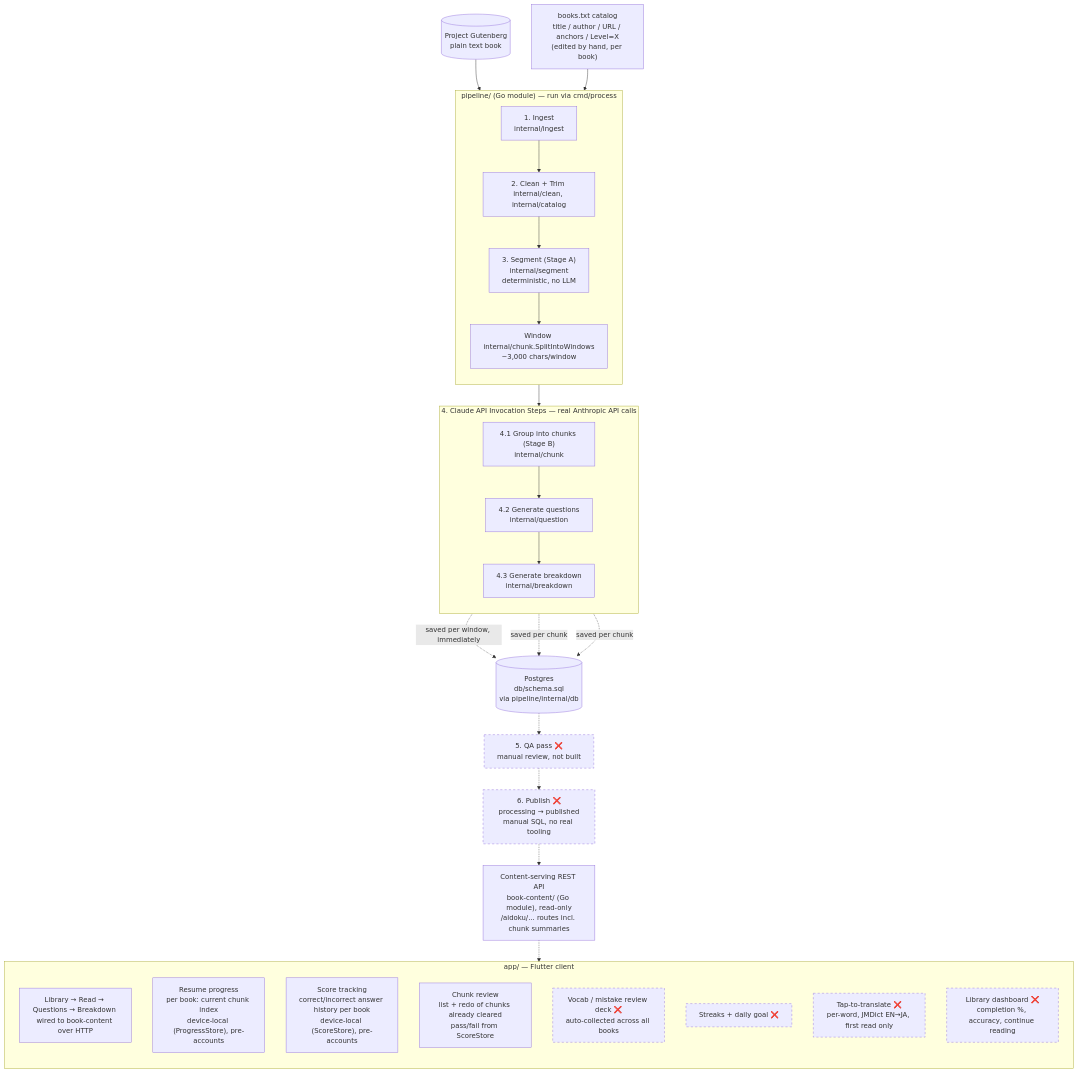
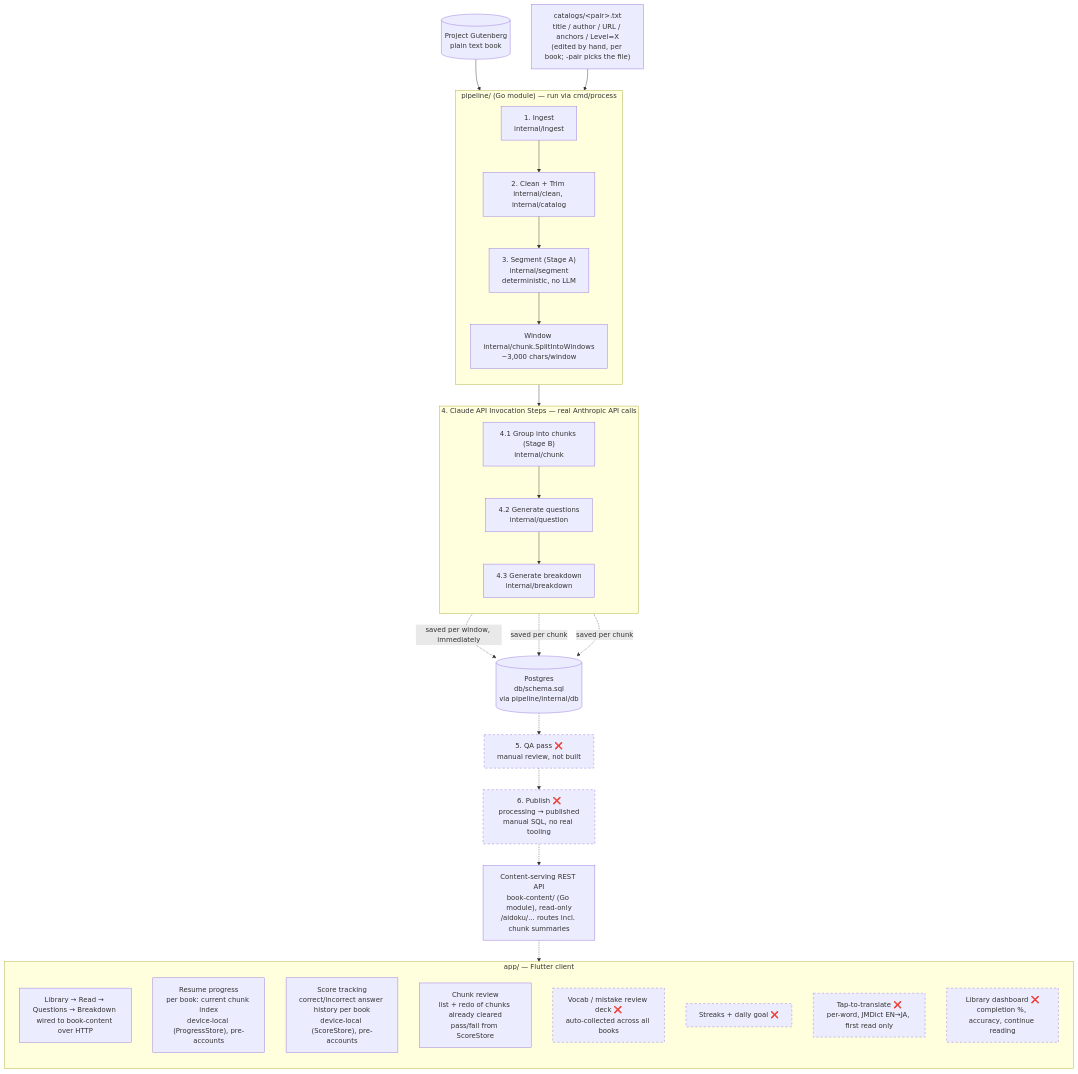
One commit to devdanielroy/project-aidoku changed the diagram in README.md. Above: the diagram before and after it, drawn with Mermaid. The commit also changed other lines of this file and 24 other files, not shown here.

First line of the commit message:
Add language-pair architecture (i18n); no more hardcoded EN/JP

````diff
--- a/README.md
+++ b/README.md
@@ -39,53 +39,53 @@
 ```mermaid
 flowchart TD
     GB[("Project Gutenberg<br/>plain text book")]
-    BT["books.txt catalog<br/>title / author / URL / anchors / Level=X<br/>(edited by hand, per book)"]
+    BT["catalogs/&lt;pair&gt;.txt<br/>title / author / URL / anchors / Level=X<br/>(edited by hand, per book; -pair picks the file)"]
 
     subgraph pipeline["pipeline/ (Go module) — run via cmd/process"]
         direction TB
         ING["1. Ingest <br/>internal/ingest"]
         CLN["2. Clean + Trim <br/>internal/clean, internal/catalog"]
         SEG["3. Segment (Stage A) <br/>internal/segment<br/>deterministic, no LLM"]
         WIN["Window <br/>internal/chunk.SplitIntoWindows<br/>~3,000 chars/window"]
         ING --> CLN --> SEG --> WIN
     end
 
     subgraph claude["4. Claude API Invocation Steps — real Anthropic API calls"]
         direction TB
         GRP["4.1 Group into chunks (Stage B)<br/>internal/chunk"]
         Q["4.2 Generate questions<br/>internal/question"]
         BRK["4.3 Generate breakdown<br/>internal/breakdown"]
         GRP --> Q --> BRK
     end
 
     DB[("Postgres <br/>db/schema.sql<br/>via pipeline/internal/db")]
 
     QA["5. QA pass ❌<br/>manual review, not built"]
     PUB["6. Publish ❌<br/>processing → published<br/>manual SQL, no real tooling"]
     API["Content-serving REST API<br/>book-content/ (Go module), read-only<br/>/aidoku/... routes incl. chunk summaries"]
 
     subgraph client["app/ — Flutter client"]
       direction TB
         UI["Library → Read → Questions → Breakdown <br/>wired to book-content over HTTP"]
         RESUME["Resume progress<br/>per book: current chunk index<br/>device-local (ProgressStore), pre-accounts"]
         SCORE["Score tracking<br/>correct/incorrect answer history per book<br/>device-local (ScoreStore), pre-accounts"]
         REVIEW["Chunk review<br/>list + redo of chunks already cleared<br/>pass/fail from ScoreStore"]
         VOCAB["Vocab / mistake review deck ❌<br/>auto-collected across all books"]
         STREAK["Streaks + daily goal ❌"]
         TRANSLATE["Tap-to-translate ❌<br/>per-word, JMDict EN→JA, first read only"]
         DASH["Library dashboard ❌<br/>completion %, accuracy, continue reading"]
     end
 
     GB --> ING
     BT --> CLN
     WIN --> GRP
     GRP -.->|"saved per window, immediately"| DB
     Q -.->|"saved per chunk"| DB
     BRK -.->|"saved per chunk"| DB
     DB -.-> QA -.-> PUB
     PUB -.-> API
     API -.-> UI
 
     classDef notBuilt stroke-dasharray: 5 5
     class QA,PUB,VOCAB,STREAK,DASH,TRANSLATE notBuilt
 ```
````
